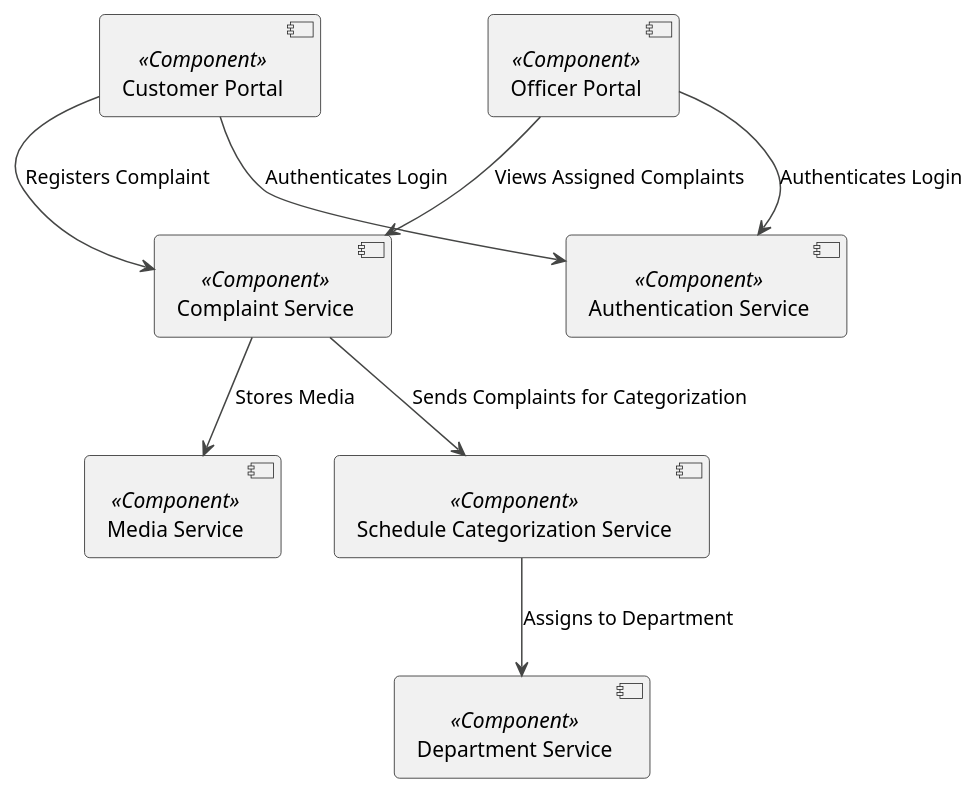
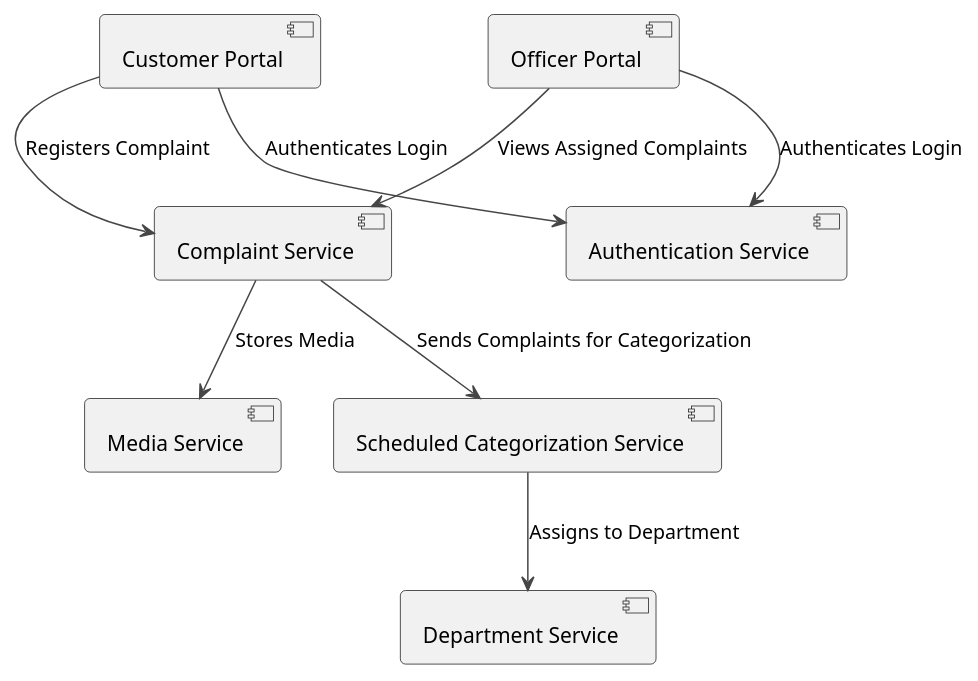
One commit to Anikate-De/rail-madad changed the diagram in uml/component/component.plantuml. Above: the diagram before and after it, drawn with PlantUML. The commit also changed 1 other file, not shown here.

Commit message:
updated component diagram

```diff
--- a/uml/component/component.plantuml
+++ b/uml/component/component.plantuml
@@ -1,23 +1,23 @@
 @startuml
 !theme vibrant
 
-[Customer Portal] <<Component>> 
-[Complaint Service] <<Component>>
-[Media Service] <<Component>>
-[Schedule Categorization Service] <<Component>>
-[Department Service] <<Component>>
-[Officer Portal] <<Component>>
-[Authentication Service] <<Component>>
+[Customer Portal]
+[Complaint Service]
+[Media Service]
+[Scheduled Categorization Service]
+[Department Service]
+[Officer Portal]
+[Authentication Service]
 
 [Customer Portal] --> [Complaint Service] : Registers Complaint
 [Customer Portal] --> [Authentication Service] : Authenticates Login
 
 [Complaint Service] --> [Media Service] : Stores Media
-[Complaint Service] --> [Schedule Categorization Service] : Sends Complaints for Categorization
+[Complaint Service] --> [Scheduled Categorization Service] : Sends Complaints for Categorization
 
-[Schedule Categorization Service] --> [Department Service] : Assigns to Department
+[Scheduled Categorization Service] --> [Department Service] : Assigns to Department
 
 [Officer Portal] --> [Complaint Service] : Views Assigned Complaints
 [Officer Portal] --> [Authentication Service] : Authenticates Login
 
 @enduml
```
